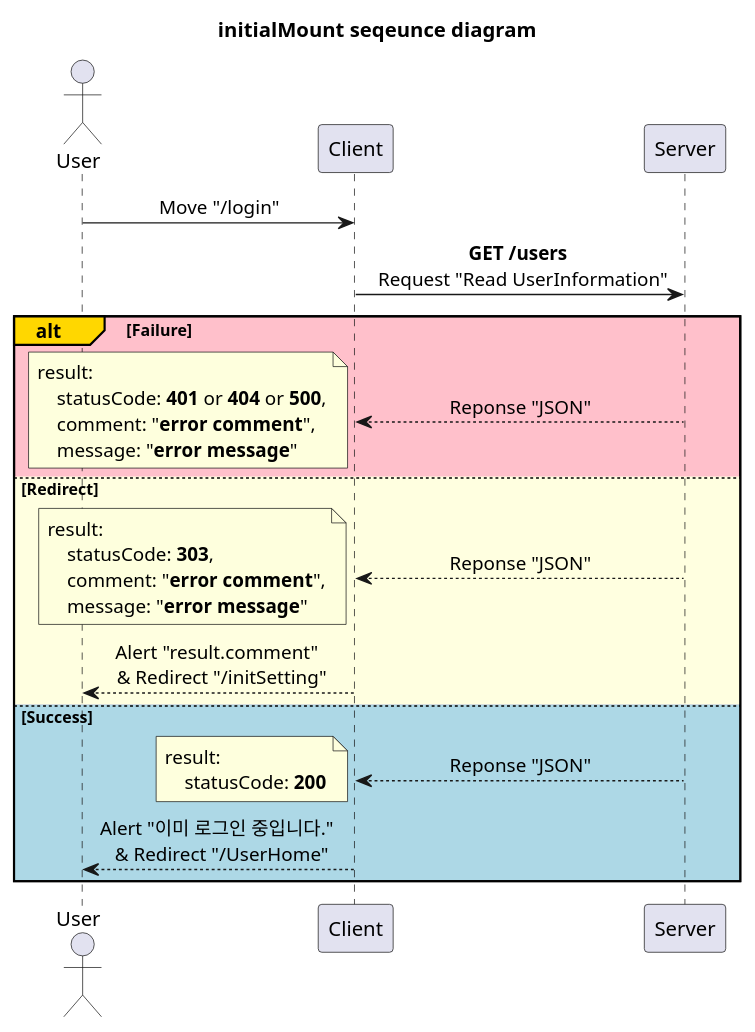
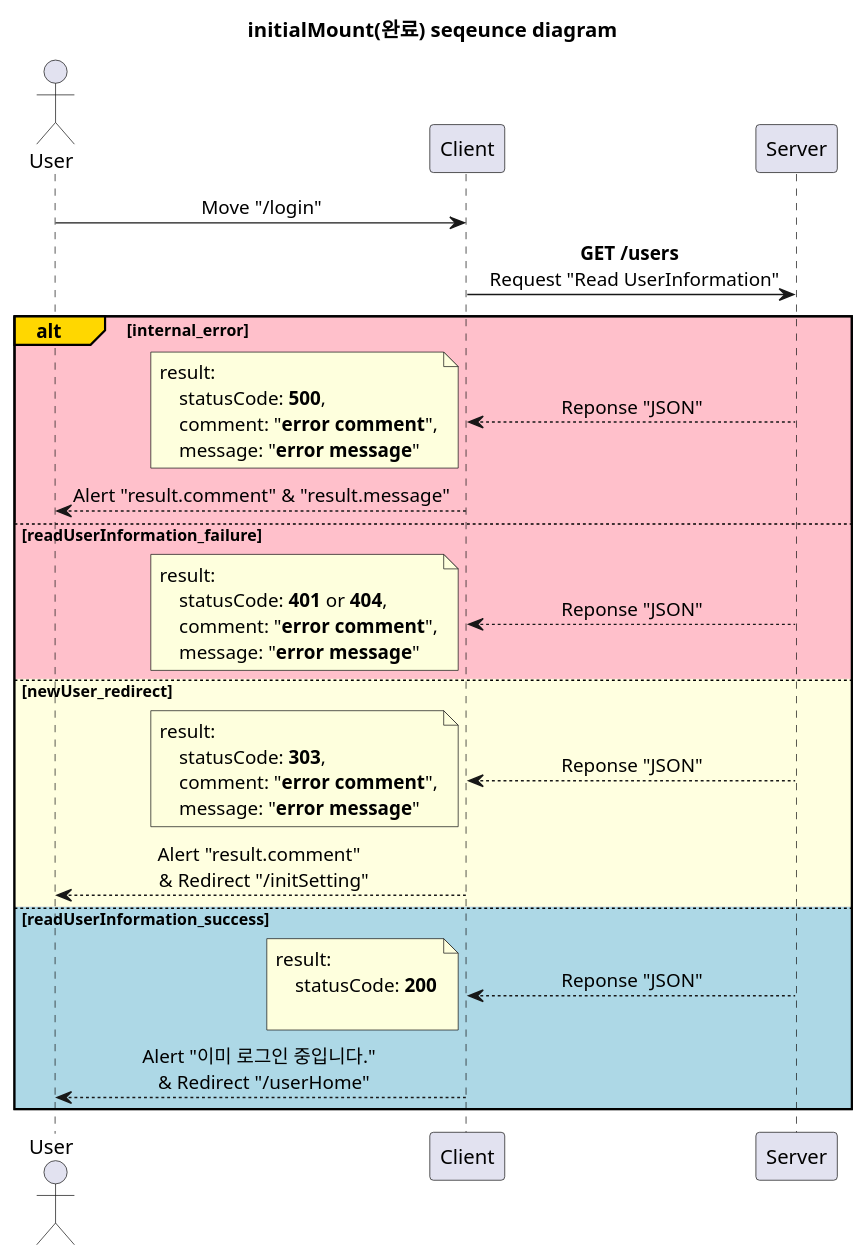
One commit to devSeungBin/SSCS changed the diagram in diagram/login_page/initialMount.puml. Above: the diagram before and after it, drawn with PlantUML. The commit also changed 12 other files, not shown here.

```diff
--- a/diagram/login_page/initialMount.puml
+++ b/diagram/login_page/initialMount.puml
@@ -1,45 +1,56 @@
-@startuml initialMount
+@startuml initialMount(완료)
 'http://localhost:3000/login
 
-title initialMount seqeunce diagram
+title initialMount(완료) seqeunce diagram
 
 skinparam SequenceMessageAlignment center
 
 participant Server order 30
 participant Client order 20
 actor User order 10
 
 User -> Client: Move "/login"
 
 Client -> Server: **GET /users** \n Request "Read UserInformation"
 
-alt#Gold #Pink Failure
+alt#Gold #Pink internal_error
     Client <-- Server: Reponse "JSON"
     note left
         result:
-            statusCode: **401** or **404** or **500**,
+            statusCode: **500**,
+            comment: "**error comment**",
+            message: "**error message**"
+    end note
+    User <-- Client: Alert "result.comment" & "result.message"
+
+else #Pink readUserInformation_failure
+    Client <-- Server: Reponse "JSON"
+    note left
+        result:
+            statusCode: **401** or **404**,
             comment: "**error comment**",
             message: "**error message**"
     end note
 
-else #LightYellow Redirect
+else #LightYellow newUser_redirect
     Client <-- Server: Reponse "JSON"
     note left
         result:
             statusCode: **303**,
             comment: "**error comment**",
             message: "**error message**"
     end note
     User <-- Client: Alert "result.comment" \n & Redirect "/initSetting"
 
-else #LightBlue Success
+else #LightBlue readUserInformation_success
     Client <-- Server: Reponse "JSON"
     note left
         result:
             statusCode: **200**
+
     end note
-    User <-- Client: Alert "이미 로그인 중입니다." \n & Redirect "/UserHome"
+    User <-- Client: Alert "이미 로그인 중입니다." \n & Redirect "/userHome"
 
 end
 
 @enduml
```
